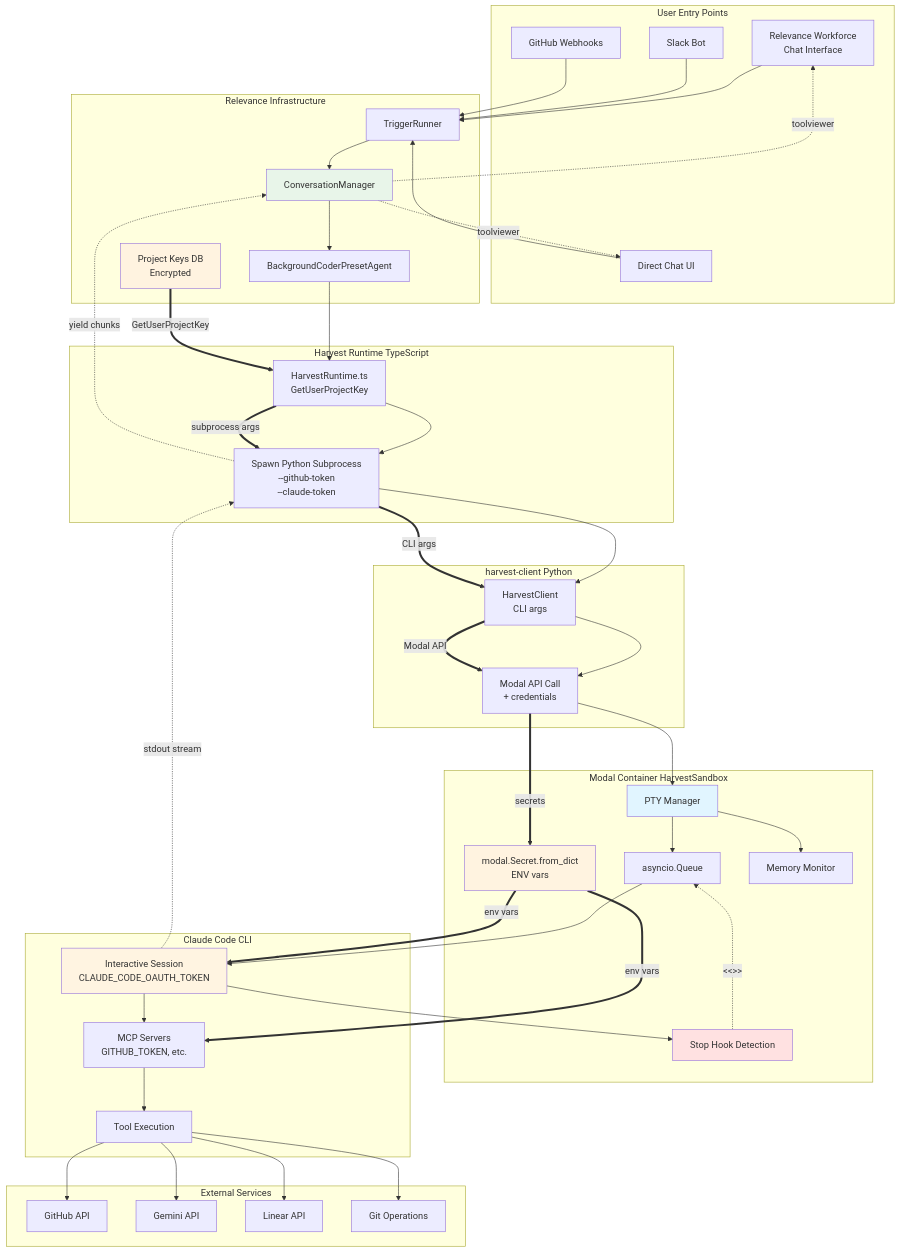
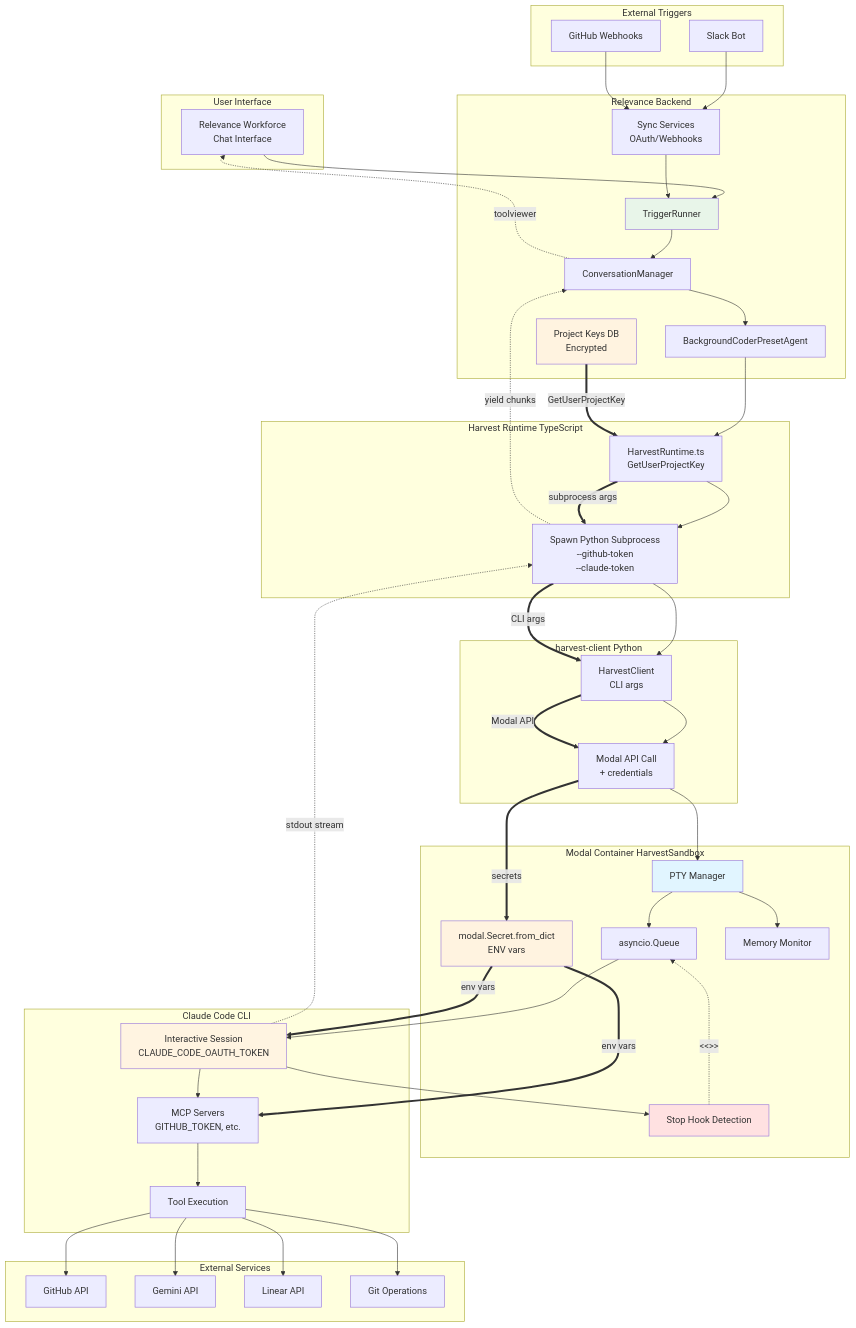
The second of 3 diagrams in .claude/plans/feat-harvest-pty-interactive-sessions/EXEC_SUMMARY.md (RelevanceAI/harvest), drawn with Mermaid before and after one commit. The commit also changed other lines of this file, not shown here.

Commit message:
docs: fix architecture diagram to reflect actual Workforce flow
Corrections based on relevance-app investigation:
- Remove "Direct Chat UI" - Workforce IS the chat interface
- Add "Sync Services" layer in backend for OAuth/webhook handling
- Show external triggers (Slack, GitHub) → Sync Services → TriggerRunner
- Show direct Workforce → TriggerRunner (no intermediate layer)
- Update data flow descriptions to show two paths:
  - Direct: Workforce → TriggerRunner → ...
  - External: Slack/GitHub → Sync Services → TriggerRunner → ...
- Clarify that all output streams back to Workforce UI only

Architecture now accurately reflects how Relevance backend processes both
direct user input and external triggers through unified TriggerRunner.

````diff
--- a/.claude/plans/feat-harvest-pty-interactive-sessions/EXEC_SUMMARY.md
+++ b/.claude/plans/feat-harvest-pty-interactive-sessions/EXEC_SUMMARY.md
@@ -126,17 +126,20 @@
 ```mermaid
 graph TD
-    subgraph "User Entry Points"
+    subgraph "User Interface"
         A0[Relevance Workforce<br/>Chat Interface]
-        A1[Direct Chat UI]
+    end
+
+    subgraph "External Triggers"
         A2[Slack Bot]
         A3[GitHub Webhooks]
     end
 
-    subgraph "Relevance Infrastructure"
+    subgraph "Relevance Backend"
         B0[Project Keys DB<br/>Encrypted]
-        B1[TriggerRunner]
-        B2[ConversationManager]
-        B3[BackgroundCoderPresetAgent]
+        B1[Sync Services<br/>OAuth/Webhooks]
+        B2[TriggerRunner]
+        B3[ConversationManager]
+        B4[BackgroundCoderPresetAgent]
     end
 
     subgraph "Harvest Runtime TypeScript"
@@ -170,13 +173,13 @@
         G4[Git Operations]
     end
 
-    A0 --> B1
-    A1 --> B1
+    A0 --> B2
     A2 --> B1
     A3 --> B1
     B1 --> B2
     B2 --> B3
-    B3 --> C1
+    B3 --> B4
+    B4 --> C1
     C1 --> C2
     C2 --> D1
     D1 --> D2
@@ -194,9 +197,8 @@
     F3 --> G4
 
     F1 -.->|stdout stream| C2
-    C2 -.->|yield chunks| B2
-    B2 -.->|toolviewer| A0
-    B2 -.->|toolviewer| A1
+    C2 -.->|yield chunks| B3
+    B3 -.->|toolviewer| A0
 
     B0 ==>|GetUserProjectKey| C1
     C1 ==>|subprocess args| C2
````
